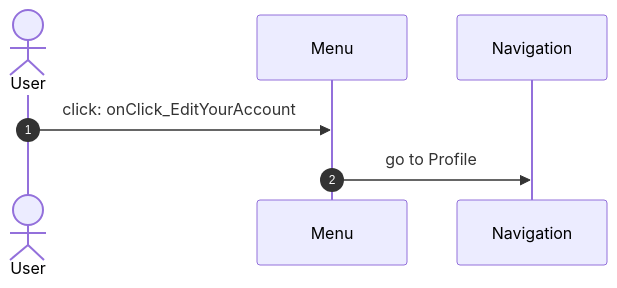
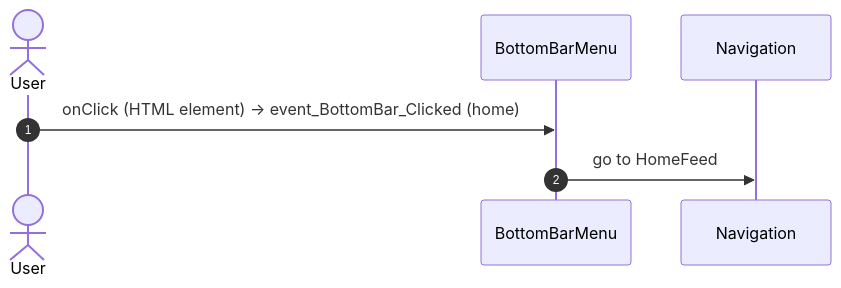
The second of 37 diagrams in migration/route-actions/Menu.md (Phoenix-DX/connect-new-ui), drawn with Mermaid before and after one commit. The commit also changed other lines of this file and 9 other files, not shown here.

Commit message:
route actions: facts only; user actions as two independent lists (OutSystems view bindings, React JSX bindings) with Mermaid sequences; factual call columns (direct caller, chains, React references); app shell by definition (survey shell, main.tsx code); constants read for React paths

````diff
--- a/migration/route-actions/Menu.md
+++ b/migration/route-actions/Menu.md
@@ -124,9 +125,9 @@
 ```mermaid
 sequenceDiagram
   autonumber
   actor U as User
-  participant B as Menu
+  participant B as BottomBarMenu
   participant N as Navigation
-  U->>B: click: onClick_EditYourAccount
-  B->>N: go to Profile
+  U->>B: onClick (HTML element) → event_BottomBar_Clicked (home)
+  B->>N: go to HomeFeed
 ```
````
